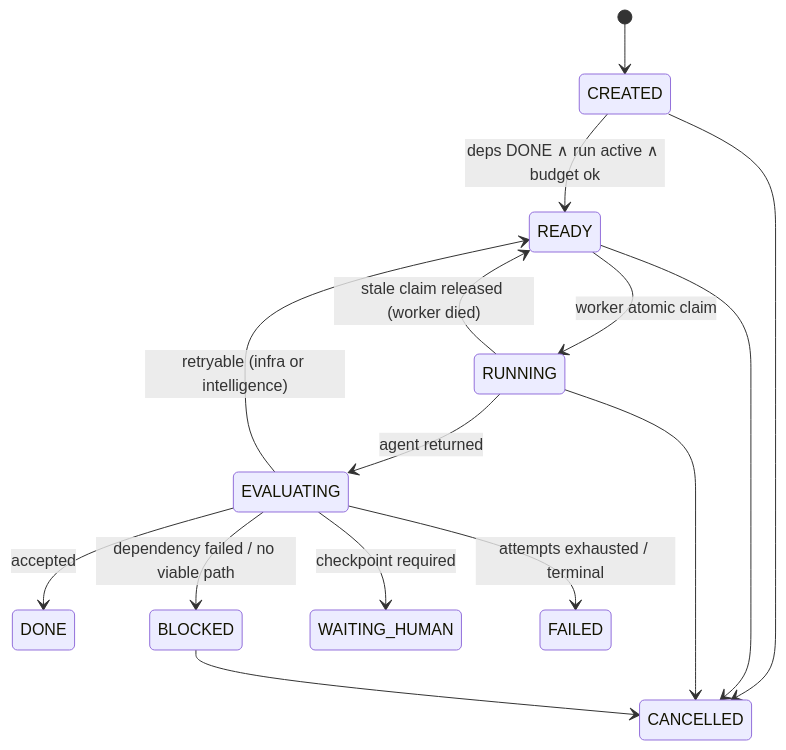
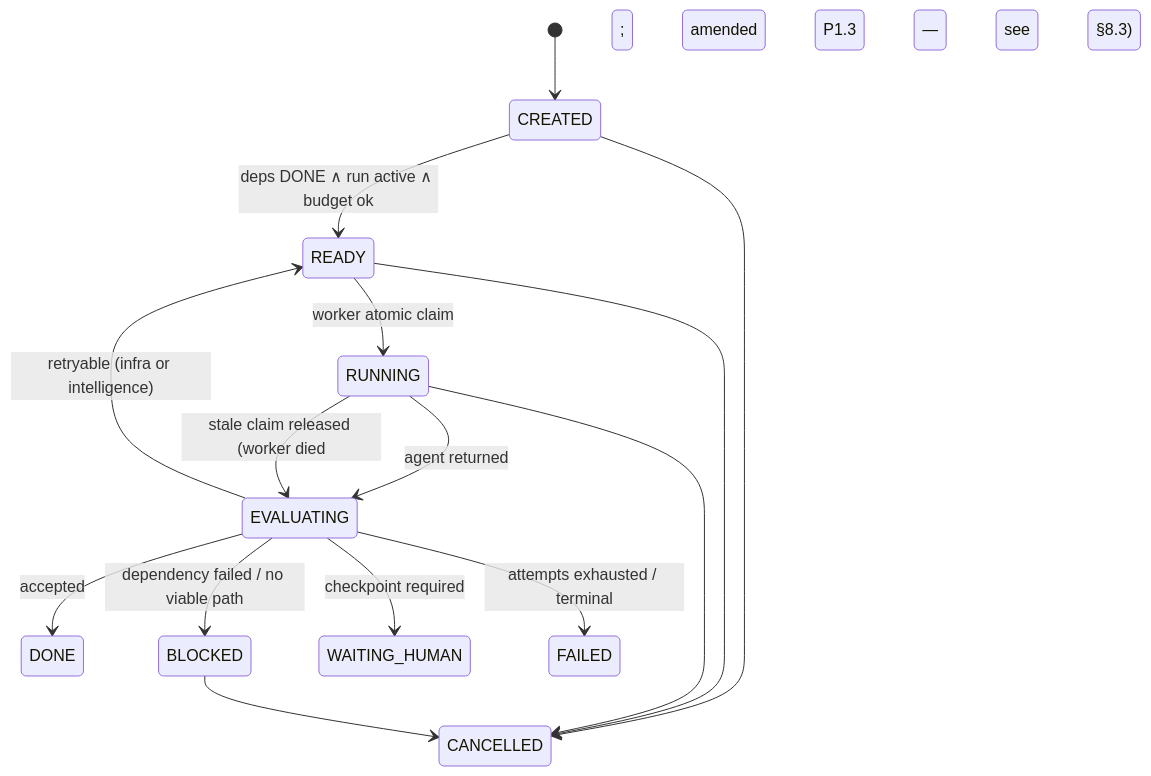
The fourth of 7 diagrams in docs/system-design-v0.2.1.md (tanker327/ai-research-lab), drawn with Mermaid before and after one commit. The commit also changed other lines of this file and 6 other files, not shown here.

````diff
--- a/docs/system-design-v0.2.1.md
+++ b/docs/system-design-v0.2.1.md
@@ -439,17 +439,17 @@
 ```mermaid
 stateDiagram-v2
     [*] --> CREATED
     CREATED --> READY: deps DONE ∧ run active ∧ budget ok
     READY --> RUNNING: worker atomic claim
     RUNNING --> EVALUATING: agent returned
     EVALUATING --> DONE: accepted
     EVALUATING --> READY: retryable (infra or intelligence)
     EVALUATING --> BLOCKED: dependency failed / no viable path
     EVALUATING --> WAITING_HUMAN: checkpoint required
     EVALUATING --> FAILED: attempts exhausted / terminal
-    RUNNING --> READY: stale claim released (worker died)
+    RUNNING --> EVALUATING: stale claim released (worker died; amended P1.3 — see §8.3)
     CREATED --> CANCELLED
     READY --> CANCELLED
     RUNNING --> CANCELLED
     BLOCKED --> CANCELLED
 ```
````
